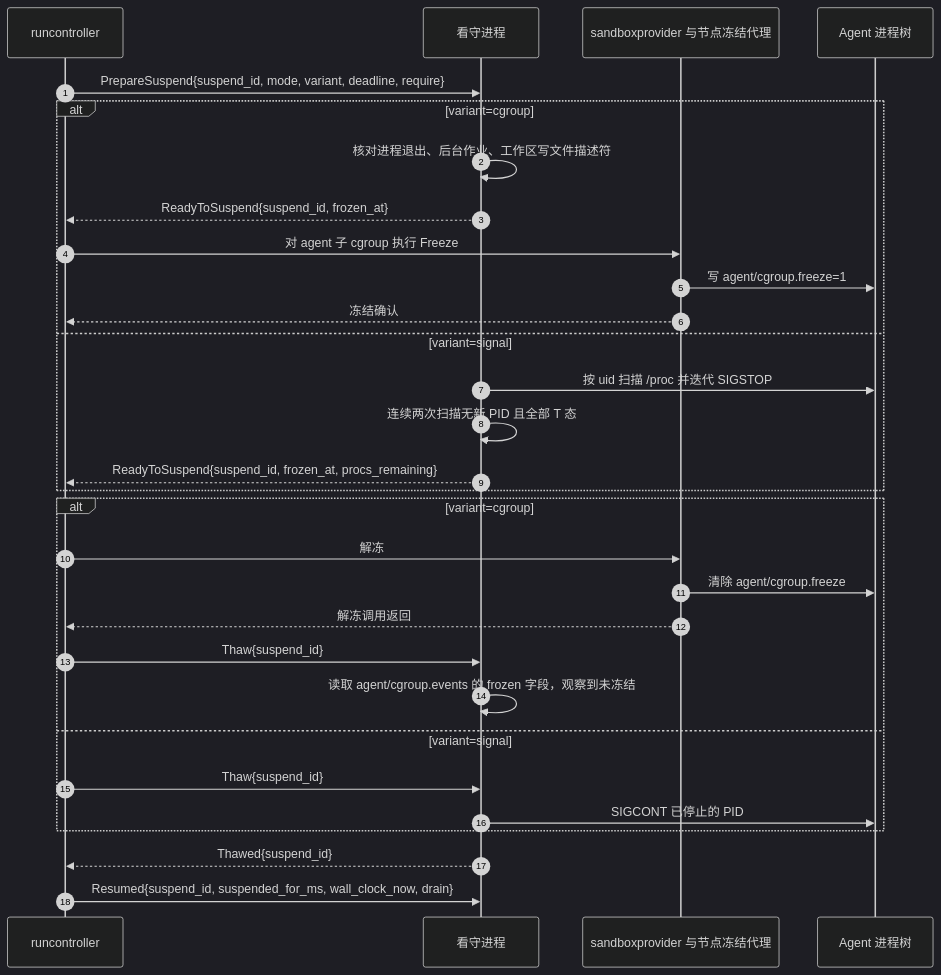
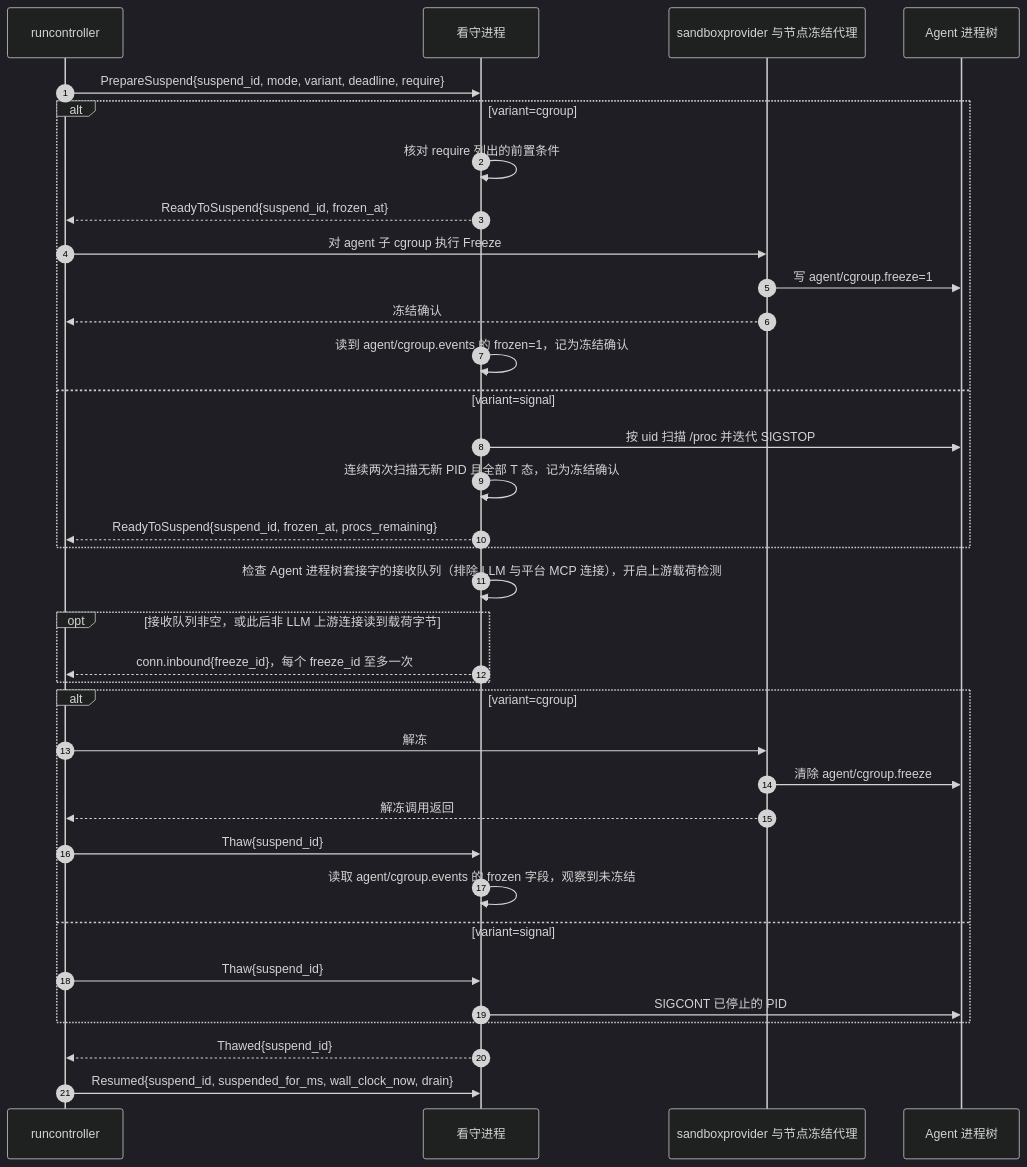
Before and after one commit to wangzw/castworks: the third of 3 diagrams in docs/design/modules/warden/design-warden.md, drawn with Mermaid (dark theme). The commit also changed other lines of this file and 25 other files, not shown here.

````diff
--- a/docs/design/modules/warden/design-warden.md
+++ b/docs/design/modules/warden/design-warden.md
@@ -260,32 +267,37 @@
 ```mermaid
 sequenceDiagram
     autonumber
     participant R as runcontroller
     participant W as 看守进程
     participant P as sandboxprovider 与节点冻结代理
     participant A as Agent 进程树
     R->>W: PrepareSuspend{suspend_id, mode, variant, deadline, require}
     alt variant=cgroup
-        W->>W: 核对进程退出、后台作业、工作区写文件描述符
+        W->>W: 核对 require 列出的前置条件
         W-->>R: ReadyToSuspend{suspend_id, frozen_at}
         R->>P: 对 agent 子 cgroup 执行 Freeze
         P->>A: 写 agent/cgroup.freeze=1
         P-->>R: 冻结确认
+        W->>W: 读到 agent/cgroup.events 的 frozen=1，记为冻结确认
     else variant=signal
         W->>A: 按 uid 扫描 /proc 并迭代 SIGSTOP
-        W->>W: 连续两次扫描无新 PID 且全部 T 态
+        W->>W: 连续两次扫描无新 PID 且全部 T 态，记为冻结确认
         W-->>R: ReadyToSuspend{suspend_id, frozen_at, procs_remaining}
+    end
+    W->>W: 检查 Agent 进程树套接字的接收队列（排除 LLM 与平台 MCP 连接），开启上游载荷检测
+    opt 接收队列非空，或此后非 LLM 上游连接读到载荷字节
+        W-->>R: conn.inbound{freeze_id}，每个 freeze_id 至多一次
     end
     alt variant=cgroup
         R->>P: 解冻
         P->>A: 清除 agent/cgroup.freeze
         P-->>R: 解冻调用返回
         R->>W: Thaw{suspend_id}
         W->>W: 读取 agent/cgroup.events 的 frozen 字段，观察到未冻结
     else variant=signal
         R->>W: Thaw{suspend_id}
         W->>A: SIGCONT 已停止的 PID
     end
     W-->>R: Thawed{suspend_id}
     R->>W: Resumed{suspend_id, suspended_for_ms, wall_clock_now, drain}
 ```
````
